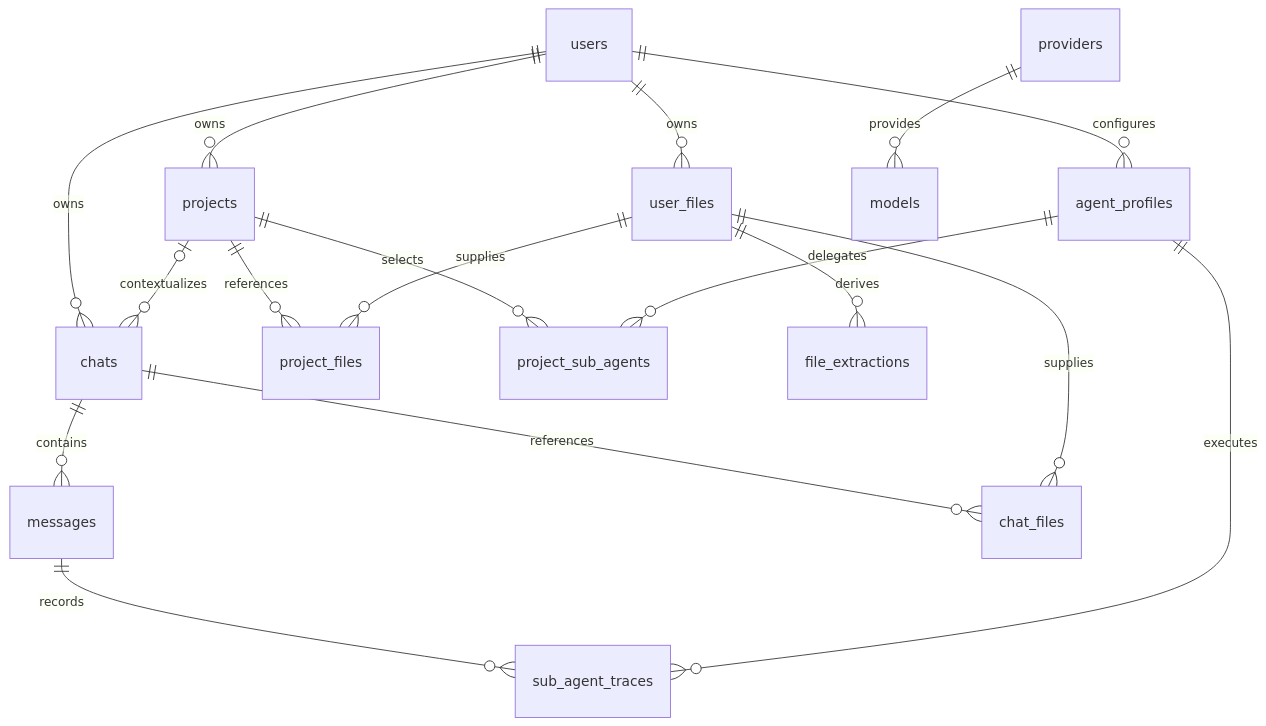
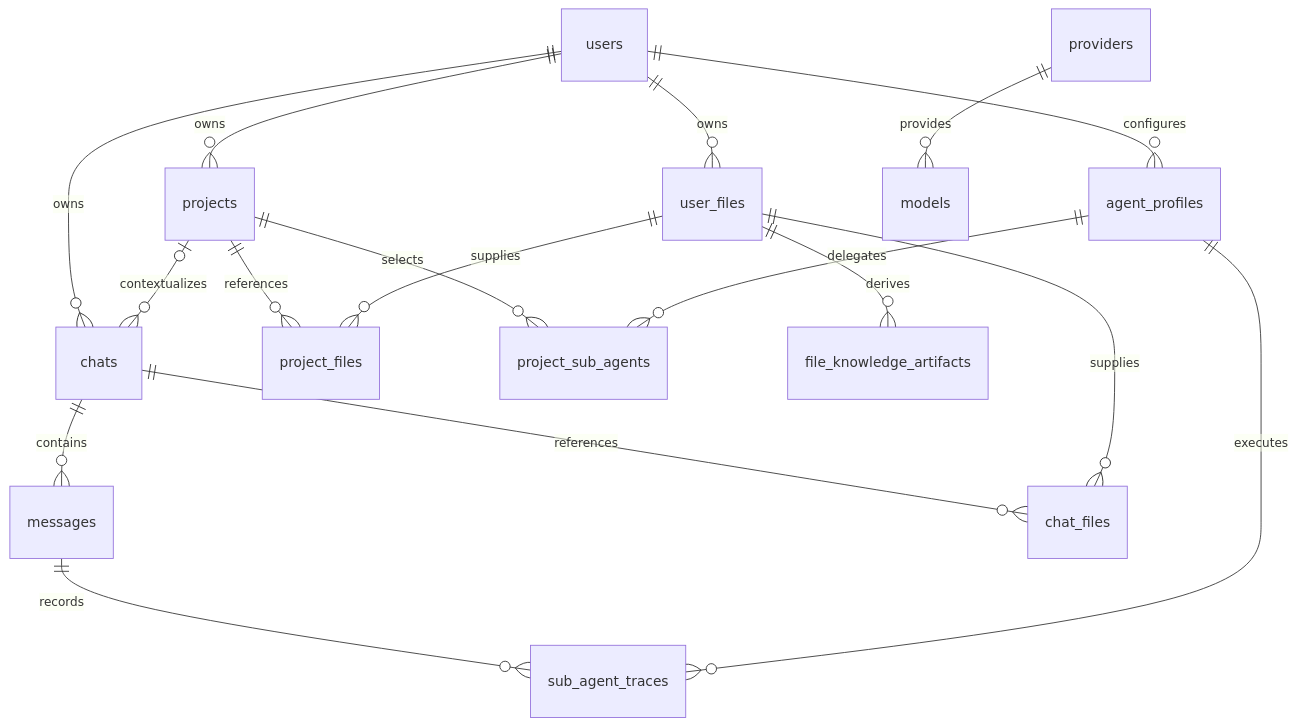
Before and after one commit to dbracewell/Asterism: the second of 3 diagrams in docs/architecture/data-and-storage.md, drawn with Mermaid. The commit also changed other lines of this file and 65 other files, not shown here.

````diff
--- a/docs/architecture/data-and-storage.md
+++ b/docs/architecture/data-and-storage.md
@@ -51,19 +51,19 @@
 ```mermaid
 erDiagram
     users ||--o{ projects : owns
     users ||--o{ chats : owns
     users ||--o{ agent_profiles : configures
     users ||--o{ user_files : owns
     projects |o--o{ chats : contextualizes
     projects ||--o{ project_files : references
     projects ||--o{ project_sub_agents : selects
     agent_profiles ||--o{ project_sub_agents : delegates
     chats ||--o{ messages : contains
     chats ||--o{ chat_files : references
     user_files ||--o{ project_files : supplies
     user_files ||--o{ chat_files : supplies
-    user_files ||--o{ file_extractions : derives
+    user_files ||--o{ file_knowledge_artifacts : derives
     messages ||--o{ sub_agent_traces : records
     agent_profiles ||--o{ sub_agent_traces : executes
     providers ||--o{ models : provides
 ```
````
